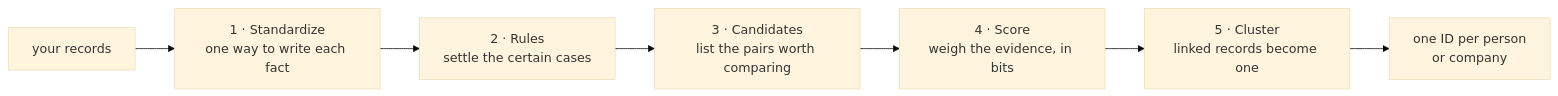
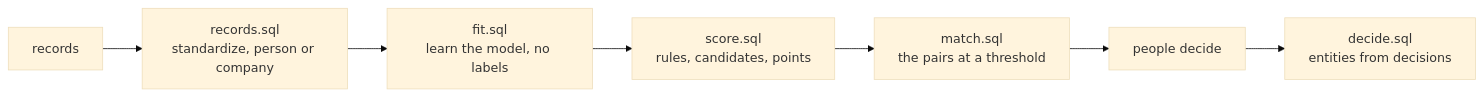
Before and after one commit to mvsbm/entity_matching: the diagram in README.md, drawn with Mermaid (base theme). The commit also changed other lines of this file and 49 other files, not shown here.

````diff
--- a/README.md
+++ b/README.md
@@ -5,9 +11,9 @@
 ```mermaid
 flowchart LR
-  A["your records"] --> S["1 · Standardize<br/>one way to write each fact"]
-  S --> R["2 · Rules<br/>settle the certain cases"]
-  R --> C["3 · Candidates<br/>list the pairs worth comparing"]
-  C --> F["4 · Score<br/>weigh the evidence, in bits"]
-  F --> G["5 · Cluster<br/>linked records become one"]
-  G --> O["one ID per person<br/>or company"]
+  I["records"] --> R["records.sql<br/>standardize, person or company"]
+  R --> F["fit.sql<br/>learn the model, no labels"]
+  F --> S["score.sql<br/>rules, candidates, points"]
+  S --> M["match.sql<br/>the pairs at a threshold"]
+  M --> P["people decide"]
+  P --> D["decide.sql<br/>entities from decisions"]
 ```
````
